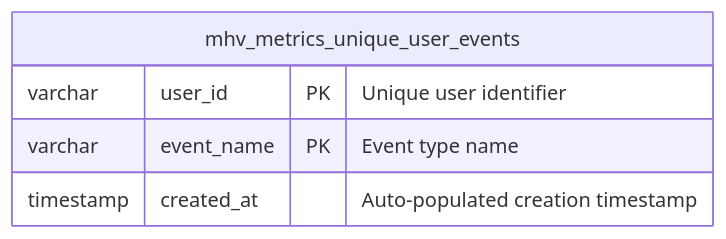
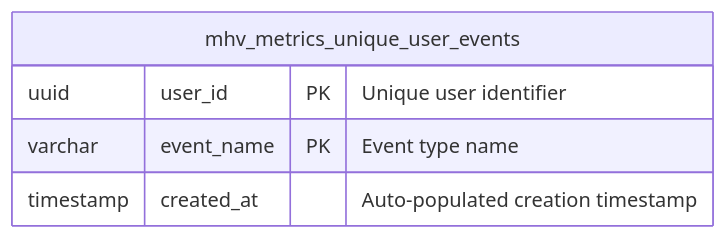
Before and after one commit to department-of-veterans-affairs/va.gov-team: the second of 2 diagrams in products/health-care/patient-portal/mhv/2025-08-unique-user-metrics/design/README.md, drawn with Mermaid. The commit also changed other lines of this file, not shown here.

````diff
--- a/products/health-care/patient-portal/mhv/2025-08-unique-user-metrics/design/README.md
+++ b/products/health-care/patient-portal/mhv/2025-08-unique-user-metrics/design/README.md
@@ -58,8 +58,8 @@
 ```mermaid
 erDiagram
     mhv_metrics_unique_user_events {
-        varchar user_id PK "Unique user identifier"
+        uuid user_id PK "Unique user identifier"
         varchar event_name PK "Event type name"
         timestamp created_at "Auto-populated creation timestamp"
     }
 ```
````
